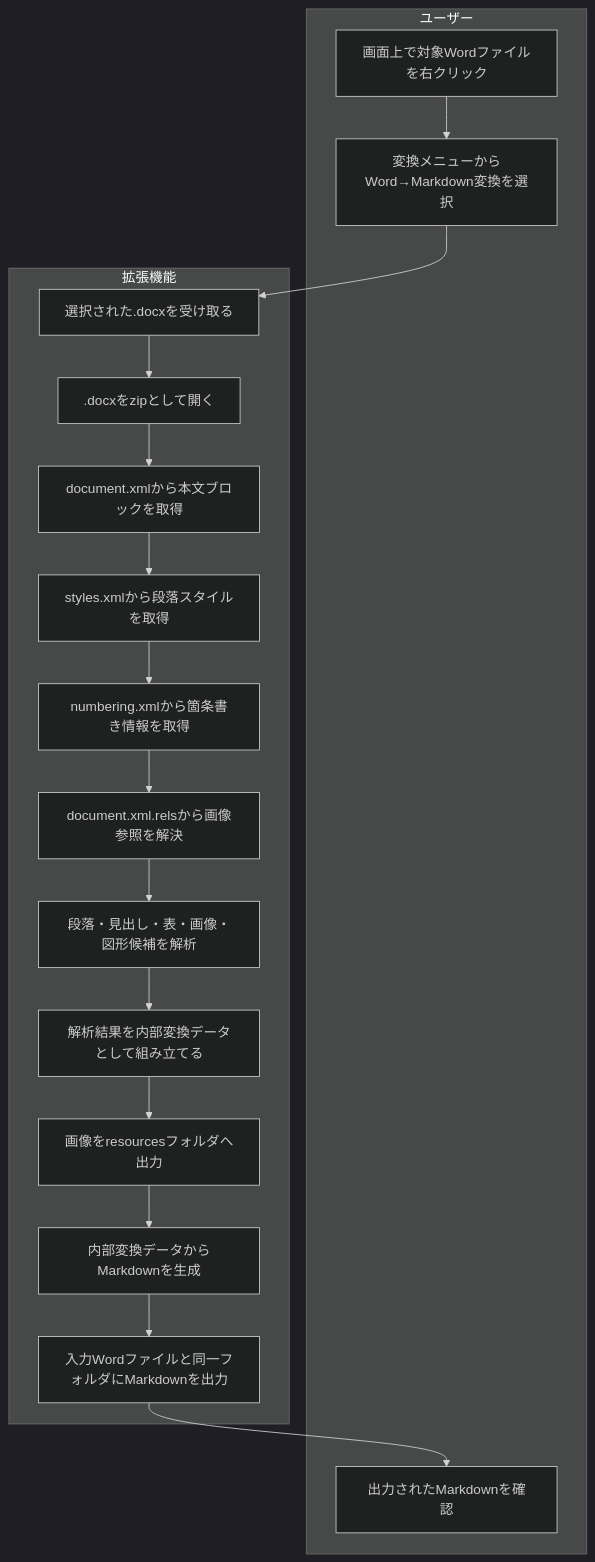
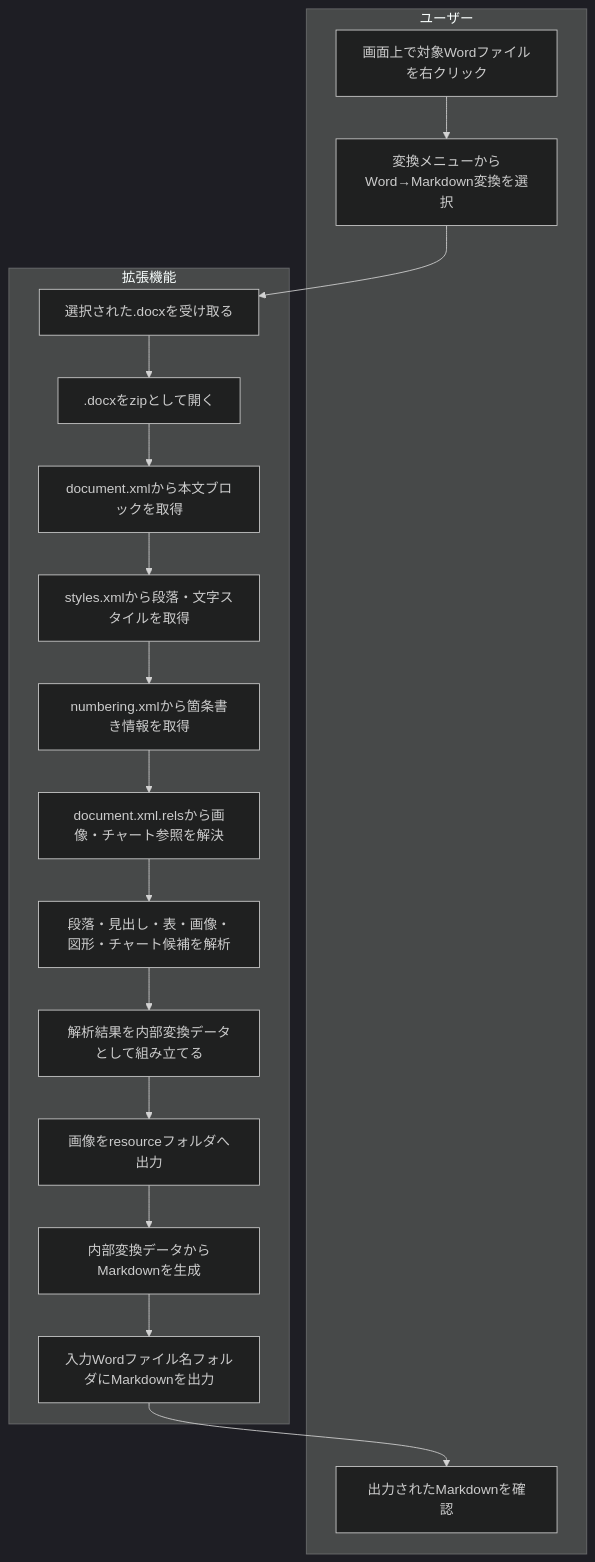
One commit to falsecometrue/officeNIKI changed the first of 4 diagrams in doc/20.InternalDesign/01.FunctionalDesign/F02_word→md変換機能/F02_word→md変換機能.md. Above: the diagram before and after it, drawn with Mermaid (dark theme). The commit also changed other lines of this file and 6 other files, not shown here.

````diff
--- a/doc/20.InternalDesign/01.FunctionalDesign/F02_word→md変換機能/F02_word→md変換機能.md
+++ b/doc/20.InternalDesign/01.FunctionalDesign/F02_word→md変換機能/F02_word→md変換機能.md
@@ -89,36 +95,36 @@
 ```mermaid
 flowchart TD
     subgraph User[ユーザー]
         U1[画面上で対象Wordファイルを右クリック]
         U2[変換メニューからWord→Markdown変換を選択]
         U3[出力されたMarkdownを確認]
     end
 
     subgraph Extension[拡張機能]
         E1[選択された.docxを受け取る]
         E2[.docxをzipとして開く]
         E3[document.xmlから本文ブロックを取得]
-        E4[styles.xmlから段落スタイルを取得]
+        E4[styles.xmlから段落・文字スタイルを取得]
         E5[numbering.xmlから箇条書き情報を取得]
-        E6[document.xml.relsから画像参照を解決]
-        E7[段落・見出し・表・画像・図形候補を解析]
+        E6[document.xml.relsから画像・チャート参照を解決]
+        E7[段落・見出し・表・画像・図形・チャート候補を解析]
         E8[解析結果を内部変換データとして組み立てる]
-        E9[画像をresourcesフォルダへ出力]
+        E9[画像をresourceフォルダへ出力]
         E10[内部変換データからMarkdownを生成]
-        E11[入力Wordファイルと同一フォルダにMarkdownを出力]
+        E11[入力Wordファイル名フォルダにMarkdownを出力]
     end
 
     U1 --> U2
     U2 --> E1
     E1 --> E2
     E2 --> E3
     E3 --> E4
     E4 --> E5
     E5 --> E6
     E6 --> E7
     E7 --> E8
     E8 --> E9
     E9 --> E10
     E10 --> E11
     E11 --> U3
 ```
````
